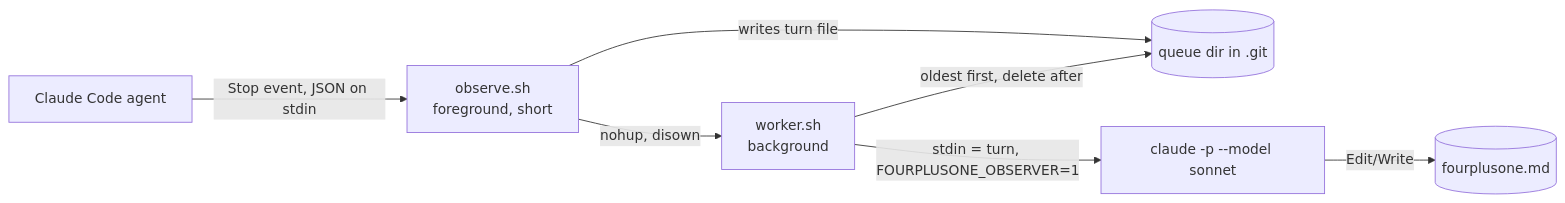
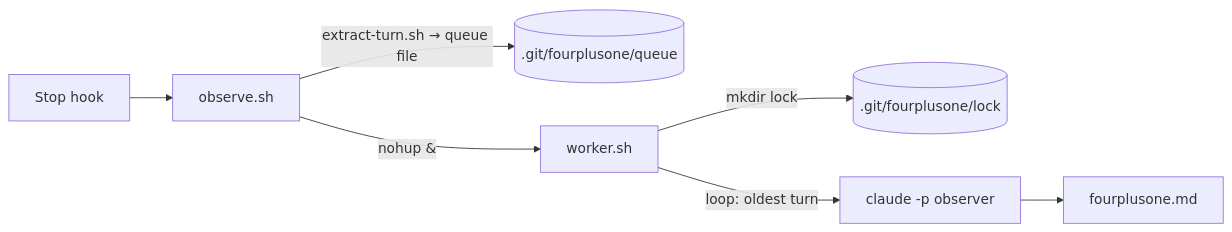
Before and after one commit to adhikrysh/fourplusone: the diagram in README.md, drawn with Mermaid. The commit also changed other lines of this file and 1 other file, not shown here.

````diff
--- a/README.md
+++ b/README.md
@@ -56,9 +38,9 @@
 ```mermaid
 flowchart LR
-  CC[Claude Code agent] -- "Stop event, JSON on stdin" --> O[observe.sh<br/>foreground, short]
-  O -- "writes turn file" --> Q[(queue dir in .git)]
-  O -- "nohup, disown" --> W[worker.sh<br/>background]
-  W -- "oldest first, delete after" --> Q
-  W -- "stdin = turn, FOURPLUSONE_OBSERVER=1" --> C[claude -p --model sonnet]
-  C -- "Edit/Write" --> D[(fourplusone.md)]
+  Stop["Stop hook"] --> Obs["observe.sh"]
+  Obs -->|"extract-turn.sh → queue file"| Q[(".git/fourplusone/queue")]
+  Obs -->|"nohup &"| W["worker.sh"]
+  W -->|"mkdir lock"| L[(".git/fourplusone/lock")]
+  W -->|"loop: oldest turn"| C["claude -p observer"]
+  C --> D["fourplusone.md"]
 ```
````
